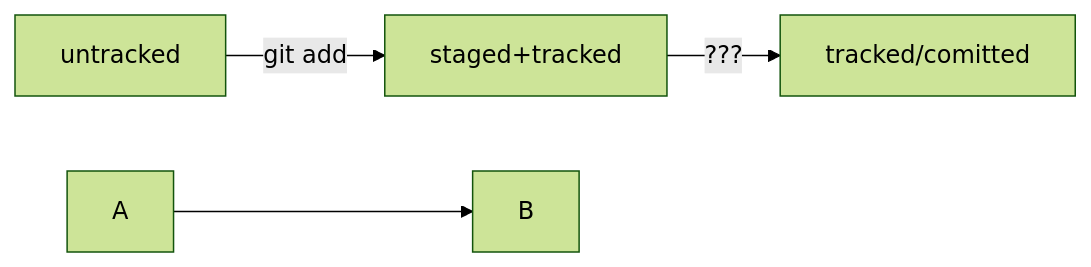
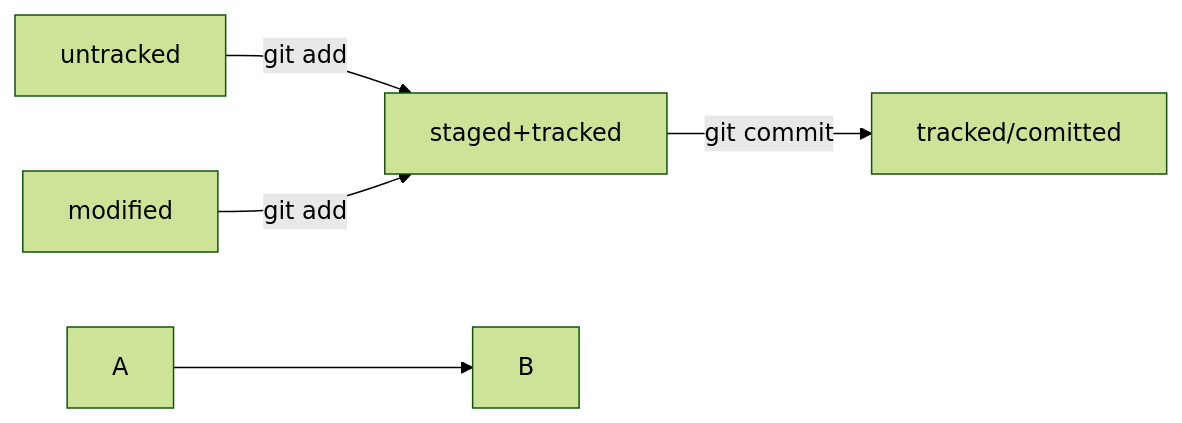
The diagram in README.md (SergeyVolko/git-status-lesson), drawn with Mermaid (forest theme) before and after one commit.

Commit message:
Работа с диаграммой №9

````diff
--- a/README.md
+++ b/README.md
@@ -23,8 +23,9 @@
 ```mermaid
 graph LR;
   untracked -- "git add" --> staged+tracked;
-  staged+tracked    -- "???"     --> tracked/comitted;
+  staged+tracked    -- git commit     --> tracked/comitted;
+  modified -- "git add" --> staged+tracked
 
 %% стрелка без текста для примера: 
   A --> B;
 ``` 
````
